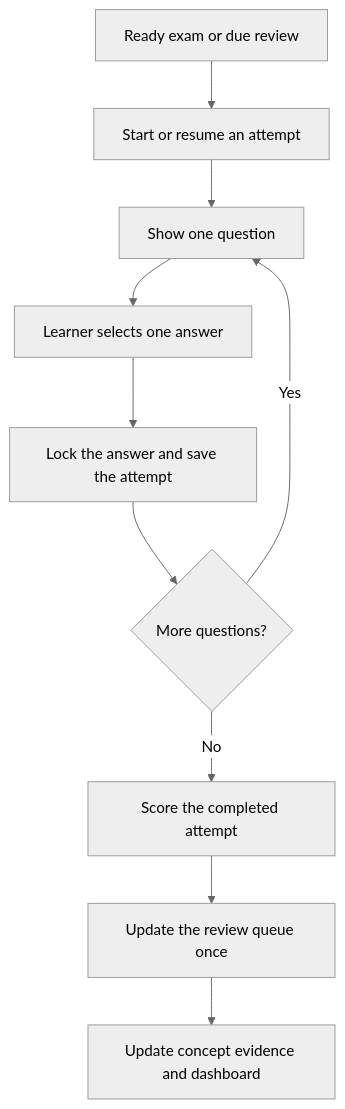
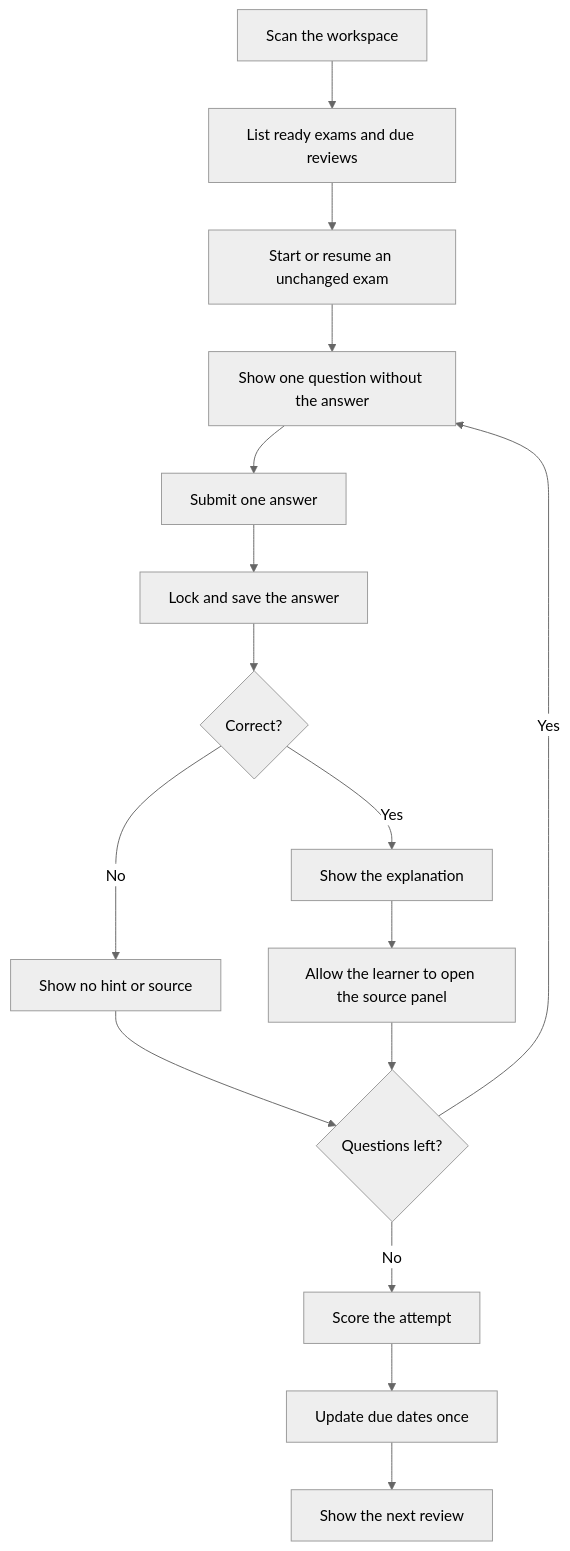
The third of 3 diagrams in README.md (Howard-Starfield/Mastery-Ledger), drawn with Mermaid (neutral theme) before and after one commit. The commit also changed other lines of this file and 42 other files, not shown here.

````diff
--- a/README.md
+++ b/README.md
@@ -123,12 +167,18 @@
 ```mermaid
 flowchart TD
-    Ready["Ready exam or due review"] --> Start["Start or resume an attempt"]
-    Start --> Question["Show one question"]
-    Question --> Answer["Learner selects one answer"]
-    Answer --> Lock["Lock the answer and save the attempt"]
-    Lock --> More{"More questions?"}
+    Scan["Scan the workspace"] --> Ready["List ready exams and due reviews"]
+    Ready --> Start["Start or resume an unchanged exam"]
+    Start --> Question["Show one question without the answer"]
+    Question --> Submit["Submit one answer"]
+    Submit --> Lock["Lock and save the answer"]
+    Lock --> Correct{"Correct?"}
+    Correct -->|"No"| NoHint["Show no hint or source"]
+    Correct -->|"Yes"| Explain["Show the explanation"]
+    Explain --> Source["Allow the learner to open the source panel"]
+    NoHint --> More{"Questions left?"}
+    Source --> More
     More -->|"Yes"| Question
-    More -->|"No"| Score["Score the completed attempt"]
-    Score --> Queue["Update the review queue once"]
-    Queue --> Progress["Update concept evidence and dashboard"]
+    More -->|"No"| Score["Score the attempt"]
+    Score --> Review["Update due dates once"]
+    Review --> Dashboard["Show the next review"]
 ```
````
